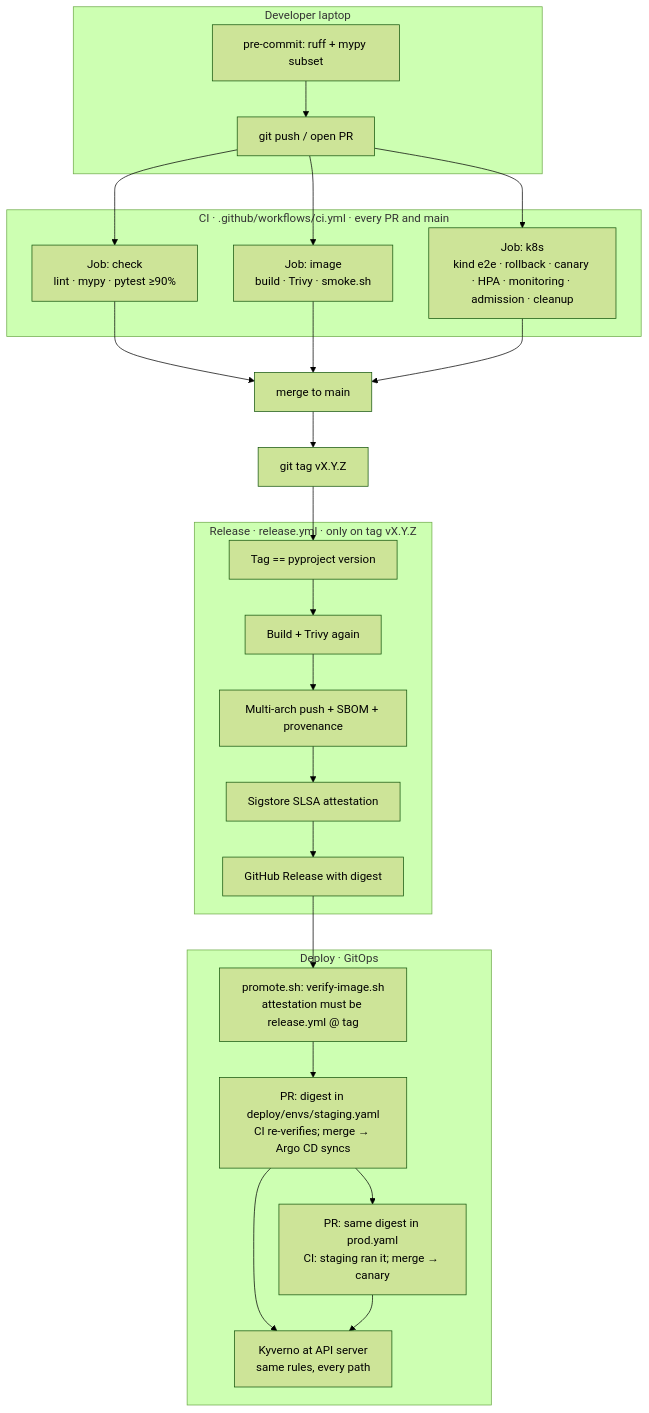
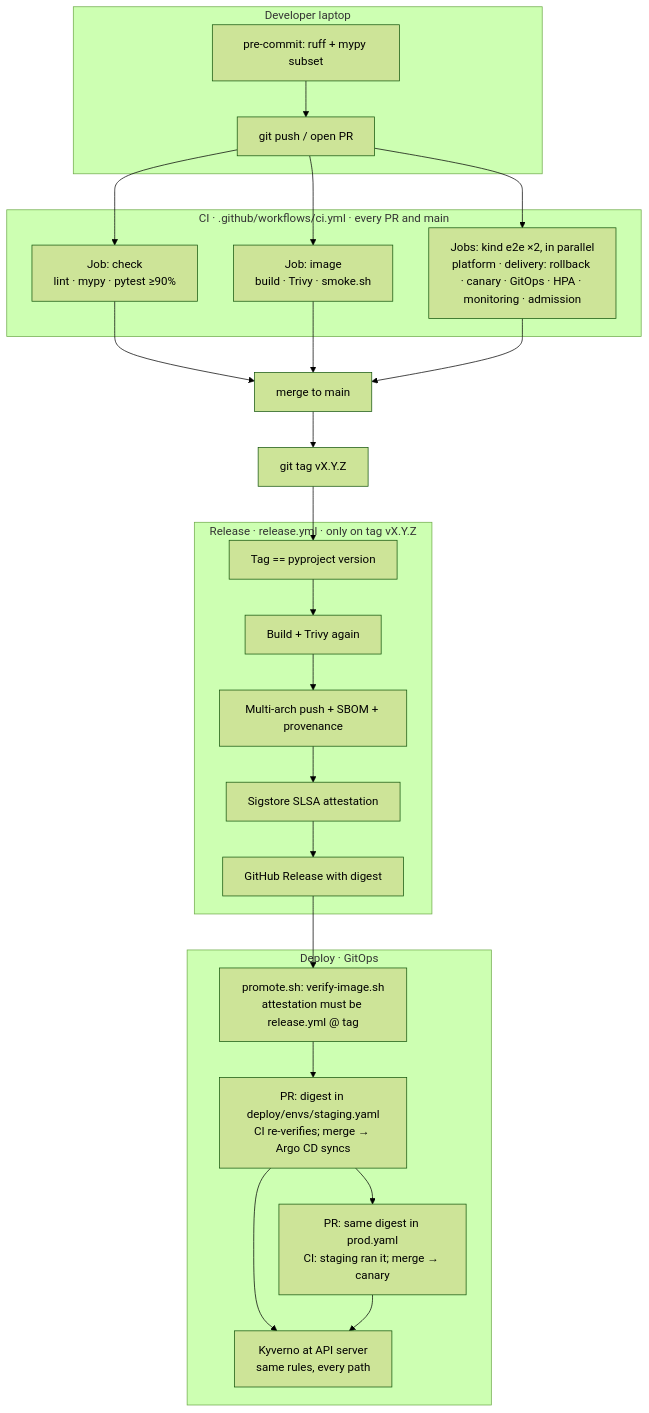
Before and after one commit to easypeasyops/links: the sixth of 9 diagrams in docs/DESIGN.md, drawn with Mermaid (forest theme). The commit also changed other lines of this file and 6 other files, not shown here.

First line of the commit message:
ci: balance the two kind jobs (GitOps → platform); docs for the split (#50)

````diff
--- a/docs/DESIGN.md
+++ b/docs/DESIGN.md
@@ -528,40 +528,40 @@
 ```mermaid
 flowchart TB
   subgraph local [Developer laptop]
     pre[pre-commit: ruff + mypy subset]
     push[git push / open PR]
   end
 
   subgraph ci [CI · .github/workflows/ci.yml · every PR and main]
     check[Job: check<br/>lint · mypy · pytest ≥90%]
     image[Job: image<br/>build · Trivy · smoke.sh]
-    k8s[Job: k8s<br/>kind e2e · rollback · canary · HPA · monitoring · admission · cleanup]
+    k8s[Jobs: kind e2e ×2, in parallel<br/>platform · delivery: rollback · canary · GitOps · HPA · monitoring · admission]
   end
 
   subgraph release [Release · release.yml · only on tag vX.Y.Z]
     match[Tag == pyproject version]
     scan2[Build + Trivy again]
     pushImg[Multi-arch push + SBOM + provenance]
     attest[Sigstore SLSA attestation]
     ghRel[GitHub Release with digest]
   end
 
   subgraph deployPath [Deploy · GitOps]
     verify[promote.sh: verify-image.sh<br/>attestation must be release.yml @ tag]
     stg[PR: digest in deploy/envs/staging.yaml<br/>CI re-verifies; merge → Argo CD syncs]
     prod[PR: same digest in prod.yaml<br/>CI: staging ran it; merge → canary]
     admit[Kyverno at API server<br/>same rules, every path]
   end
 
   pre --> push --> check
   push --> image
   push --> k8s
   check --> merge[merge to main]
   image --> merge
   k8s --> merge
   merge --> tag[git tag vX.Y.Z]
   tag --> match --> scan2 --> pushImg --> attest --> ghRel
   ghRel --> verify --> stg --> prod
   stg --> admit
   prod --> admit
 ```
````
